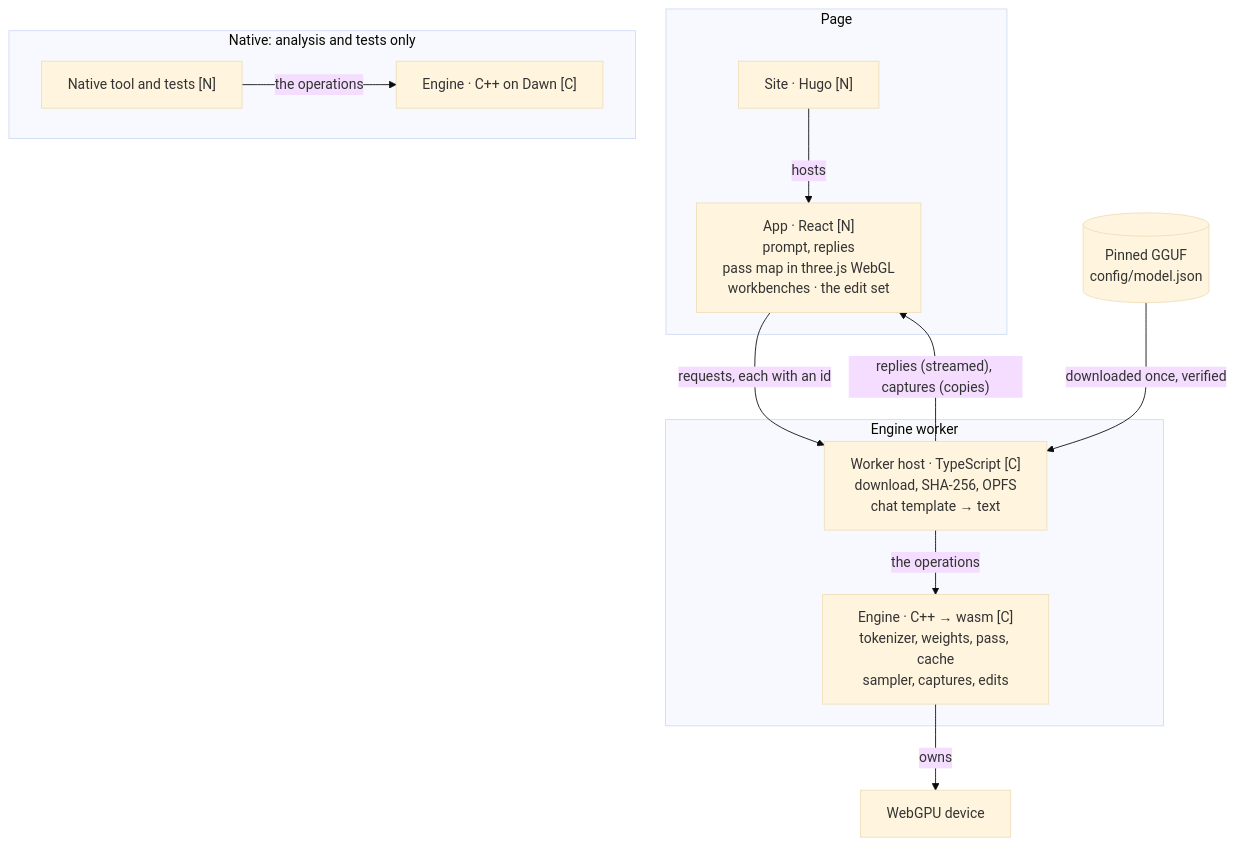
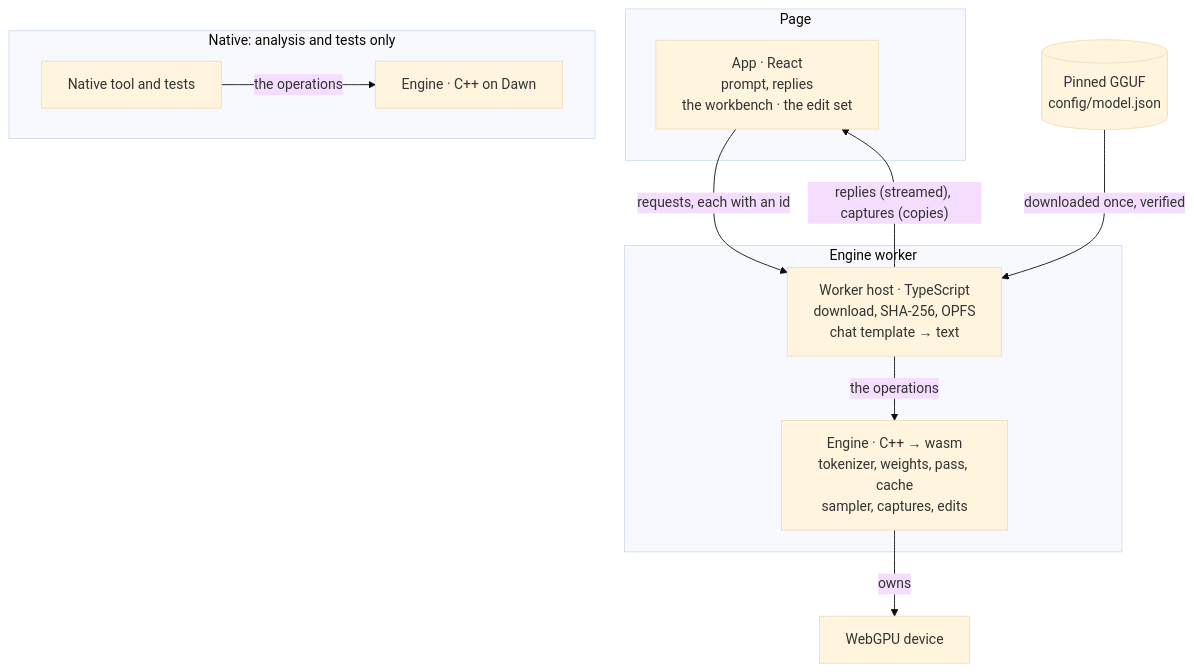
The first of 7 diagrams in docs/architecture/logical-overview.md (plainsight-systems/frizzle), drawn with Mermaid (base theme) before and after one commit. The commit also changed other lines of this file and 6 other files, not shown here.

First line of the commit message:
Architecture: the documents describe the system as it is

````diff
--- a/docs/architecture/logical-overview.md
+++ b/docs/architecture/logical-overview.md
@@ -14,24 +10,22 @@
 ```mermaid
 flowchart TB
   subgraph Page["Page"]
-    Site["Site · Hugo [N]"]
-    App["App · React [N]<br/>prompt, replies<br/>pass map in three.js WebGL<br/>workbenches · the edit set"]
+    App["App · React<br/>prompt, replies<br/>the workbench · the edit set"]
   end
   subgraph Worker["Engine worker"]
-    Host["Worker host · TypeScript [C]<br/>download, SHA-256, OPFS<br/>chat template → text"]
-    Wasm["Engine · C++ → wasm [C]<br/>tokenizer, weights, pass, cache<br/>sampler, captures, edits"]
+    Host["Worker host · TypeScript<br/>download, SHA-256, OPFS<br/>chat template → text"]
+    Wasm["Engine · C++ → wasm<br/>tokenizer, weights, pass, cache<br/>sampler, captures, edits"]
   end
   File[("Pinned GGUF<br/>config/model.json")]
   GPU["WebGPU device"]
   subgraph Native["Native: analysis and tests only"]
-    Tool["Native tool and tests [N]"]
-    Dawn["Engine · C++ on Dawn [C]"]
+    Tool["Native tool and tests"]
+    Dawn["Engine · C++ on Dawn"]
   end
-  Site -->|"hosts"| App
   App -->|"requests, each with an id"| Host
   Host -->|"replies (streamed), captures (copies)"| App
   File -->|"downloaded once, verified"| Host
   Host -->|"the operations"| Wasm
   Wasm -->|"owns"| GPU
   Tool -->|"the operations"| Dawn
 ```
````
